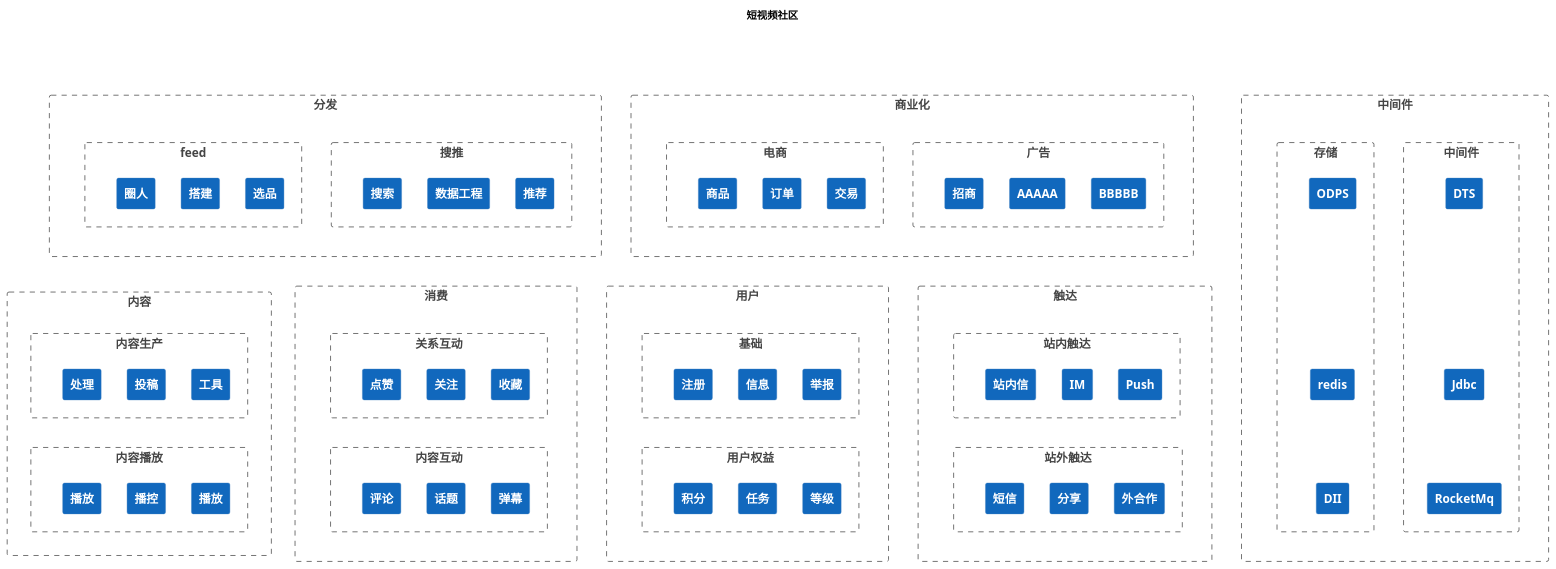
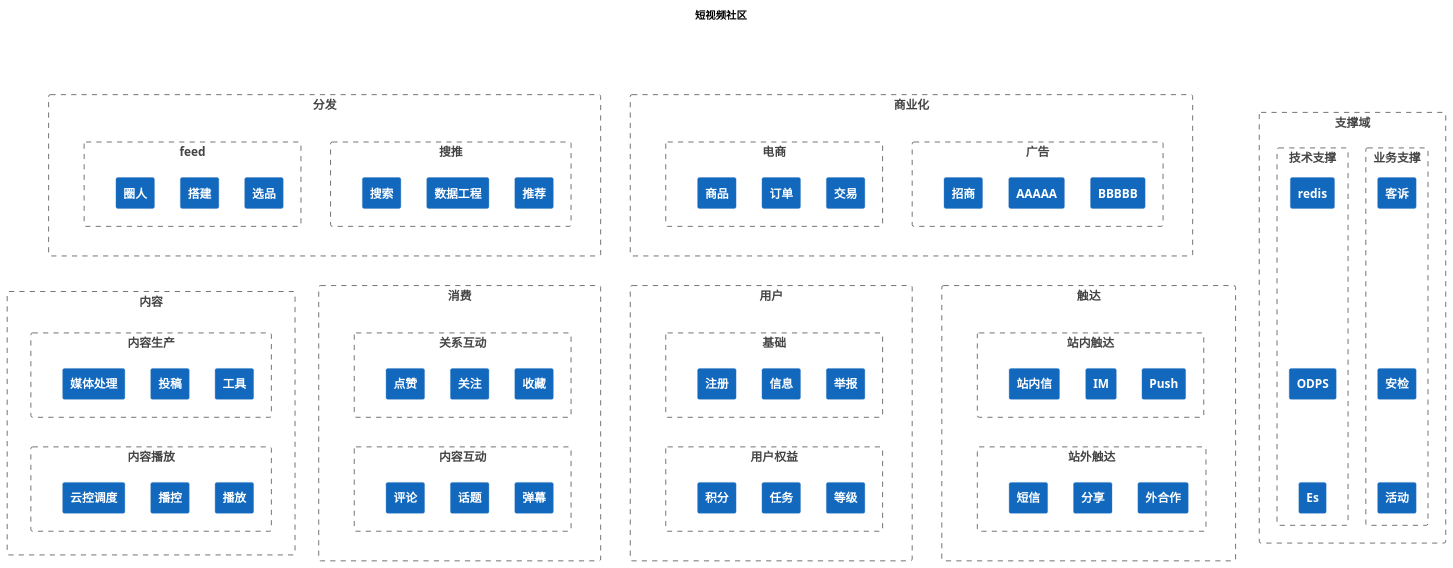
The diagram in puml/system.puml (nxnnxn/community-doc), drawn with PlantUML before and after one commit. The commit also changed 3 other files, not shown here.

```diff
--- a/puml/system.puml
+++ b/puml/system.puml
@@ -1,168 +1,166 @@
 @startuml
 !include <C4/C4_Context>
 HIDE_STEREOTYPE()
 
 title 短视频社区
 
 Boundary(fenfa,"分发"){
    Boundary(searchAndRec, "搜推"){
      System(search, "搜索")
      System(rec, "推荐")
      System(data, "数据工程")
      Lay_L(data, search)
      Lay_R(data, rec)
   }
 
   Boundary(feed, "feed"){
      System(quanren, "圈人")
      System(xuanpin, "选品")
      System(dajian, "搭建")
      Lay_L(dajian, quanren)
      Lay_R(dajian, xuanpin)
   }
   Lay_R(searchAndRec, feed)
 }
 
 
 Boundary(content,"内容"){
    Boundary(contentProduction, "内容生产"){
-     System(media_process, "处理")
+     System(media_process, "媒体处理")
      System(post, "投稿")
      System(postTool, "工具")
      Lay_L(post, media_process)
      Lay_R(post, postTool)
   }
 
   Boundary(contentPlay, "内容播放"){
+     System(videoTest, "云控调度")
      System(videoPlay, "播放")
      System(videoCon, "播控")
-     System(videoTest, "播放")
-     Lay_L(videoCon, videoPlay)
-     Lay_R(videoCon, videoTest)
+     Lay_L(videoCon, videoTest)
+     Lay_R(videoCon, videoPlay)
   }
   Lay_D(contentProduction, contentPlay)
 }
 
 Boundary(interact,"消费"){
    Boundary(relationInteract, "关系互动"){
      System(follow, "关注")
      System(praise, "点赞")
      System(collect, "收藏")
      Lay_L(follow, praise)
      Lay_R(follow, collect)
   }
 
   Boundary(contentInteract, "内容互动"){
      System(comment, "评论")
      System(bullentComment, "弹幕")
      System(topic, "话题")
      Lay_L(topic, comment)
      Lay_R(topic, bullentComment)
   }
   Lay_D(relationInteract, contentInteract)
 }
 
 Boundary(user,"用户"){
    Boundary(base, "基础"){
      System(zhuce, "注册")
      System(userBase, "信息")
      System(jubao, "举报")
      Lay_L(userBase, zhuce)
      Lay_R(userBase, jubao)
   }
 
   Boundary(userRight, "用户权益"){
      System(jifen, "积分")
      System(dengji, "等级")
      System(task, "任务")
      Lay_L(task, jifen)
      Lay_R(task, dengji)
   }
   Lay_D(base, userRight)
 }
 
 
 Boundary(touch,"触达"){
    Boundary(inTouch, "站内触达"){
      System(message, "站内信")
      System(push, "Push")
      System(im, "IM")
      Lay_L(im, message)
      Lay_R(im, push)
   }
 
   Boundary(outTouch, "站外触达"){
      System(share, "分享")
      System(shortMessage, "短信")
      System(out, "外合作")
      Lay_L(share, shortMessage)
      Lay_R(share, out)
   }
   Lay_D(inTouch, outTouch)
 }
 Lay_D(fenfa,contentProduction)
 
 
 
 
 Boundary(shangyehua,"商业化"){
    Boundary(guanggao, "广告"){
      System(zhaoshang, "招商")
      System(a, "AAAAA")
      System(b, "BBBBB")
      Lay_L(a, zhaoshang)
      Lay_R(a, b)
   }
 
   Boundary(ecommerce, "电商"){
      System(goods, "商品")
      System(order, "订单")
      System(trade, "交易")
      Lay_L(order, goods)
      Lay_R(order, trade)
   }
   Lay_R(guanggao, ecommerce)
 }
 
 
 Lay_R(fenfa,shangyehua)
 
 Lay_D(fenfa,contentProduction)
 Lay_D(fenfa,interact)
 Lay_D(fenfa,user)
 Lay_D(fenfa,touch)
 
 
 Lay_D(shangyehua,contentProduction)
 Lay_D(shangyehua,interact)
 Lay_D(shangyehua,user)
 Lay_D(shangyehua,touch)
 
-Boundary(middle,"中间件"){
-   Boundary(middleSoft, "中间件"){
-       System(shardingJdbc, "Jdbc")
-       System(DTS, "DTS")
-       System(RocketMq, "RocketMq")
-       Lay_U(shardingJdbc, DTS)
-       Lay_D(shardingJdbc, RocketMq)
+Boundary(support,"支撑域"){
+   Boundary(businessSupport, "业务支撑"){
+       System(audit, "安检")
+       System(keshu, "客诉")
+       System(huodong, "活动")
+       Lay_U(audit, keshu)
+       Lay_D(audit, huodong)
      }
 
-   Boundary(chunchu, "存储"){
-       System(redis, "redis")
-        System(ODPS, "ODPS")
-        System(DII, "DII")
-        Lay_U(redis, ODPS)
-        Lay_D(redis, DII)
+   Boundary(tecSupport, "技术支撑"){
+        System(redis, "redis")
+        System(odps, "ODPS")
+        System(es, "Es")
+        Lay_D(redis, odps)
+        Lay_D(odps, es)
     }
-   Lay_R(middleSoft, chunchu)
 }
 
 
-Lay_R(shangyehua,middle)
 
 
 
 
 
 
 @enduml
```
